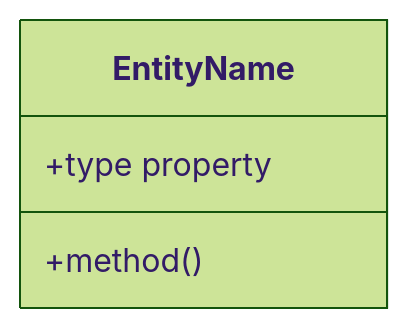
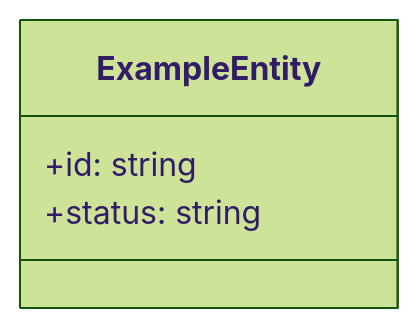
Before and after one commit to lindoelio/spec-driven-steroids: the third of 5 diagrams in packages/cli/templates/universal/skills/spec-driven-technical-designer/SKILL.md, drawn with Mermaid (forest theme). The commit also changed other lines of this file and 24 other files, not shown here.

First line of the commit message:
feat(mcp): validate Mermaid diagrams in design checks

````diff
--- a/packages/cli/templates/universal/skills/spec-driven-technical-designer/SKILL.md
+++ b/packages/cli/templates/universal/skills/spec-driven-technical-designer/SKILL.md
@@ -211,7 +119,7 @@
 ```mermaid
 classDiagram
-    class EntityName {
-        +type property
-        +method()
+    class ExampleEntity {
+        +id: string
+        +status: string
     }
 ```
````
